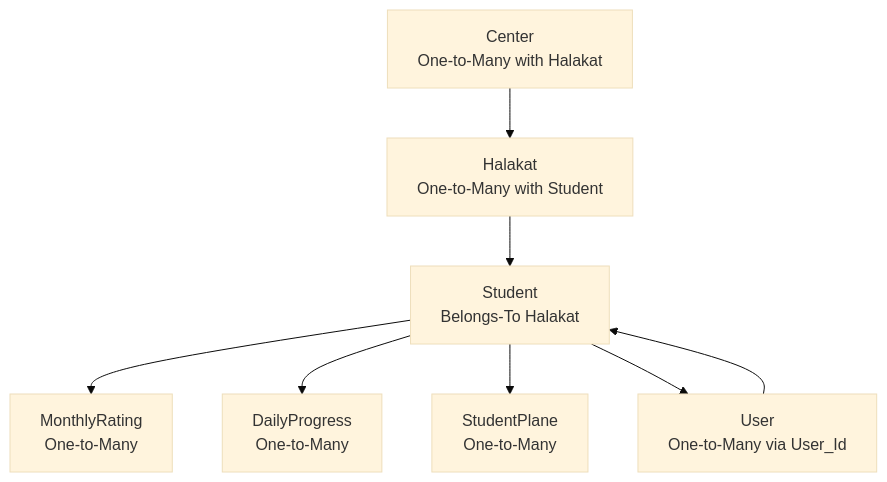
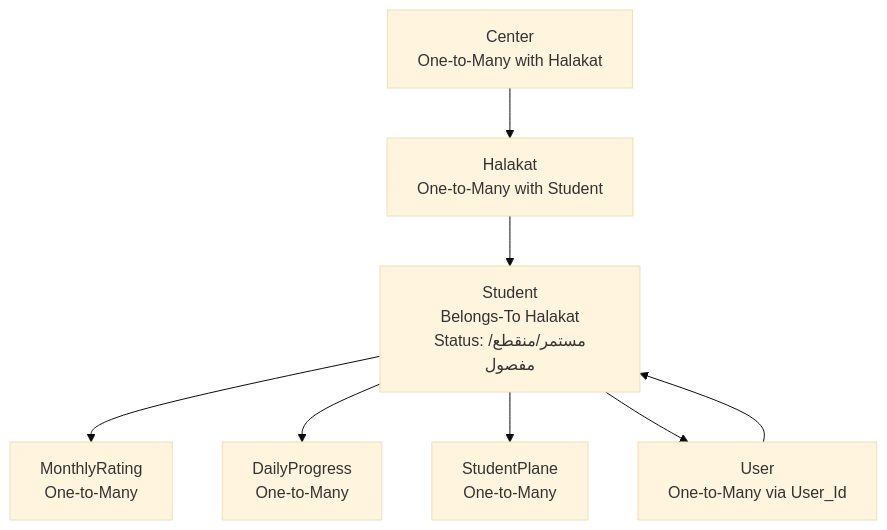
One commit to Mreng78/khirocom_project changed the second of 8 diagrams in .qoder/repowiki/en/content/Database Design/Student Model.md. Above: the diagram before and after it, drawn with Mermaid (base theme). The commit also changed other lines of this file and 6 other files, not shown here.

````diff
--- a/.qoder/repowiki/en/content/Database Design/Student Model.md
+++ b/.qoder/repowiki/en/content/Database Design/Student Model.md
@@ -117,10 +121,10 @@
 ```mermaid
 graph TB
 Center["Center<br/>One-to-Many with Halakat"] --> Halakat["Halakat<br/>One-to-Many with Student"]
-Halakat --> Student["Student<br/>Belongs-To Halakat"]
+Halakat --> Student["Student<br/>Belongs-To Halakat<br/>Status: مستمر/منقطع/مفصول"]
 Student --> MonthlyRating["MonthlyRating<br/>One-to-Many"]
 Student --> DailyProgress["DailyProgress<br/>One-to-Many"]
 Student --> StudentPlane["StudentPlane<br/>One-to-Many"]
 Student --> User["User<br/>One-to-Many via User_Id"]
 User --> Student
 ```
````
